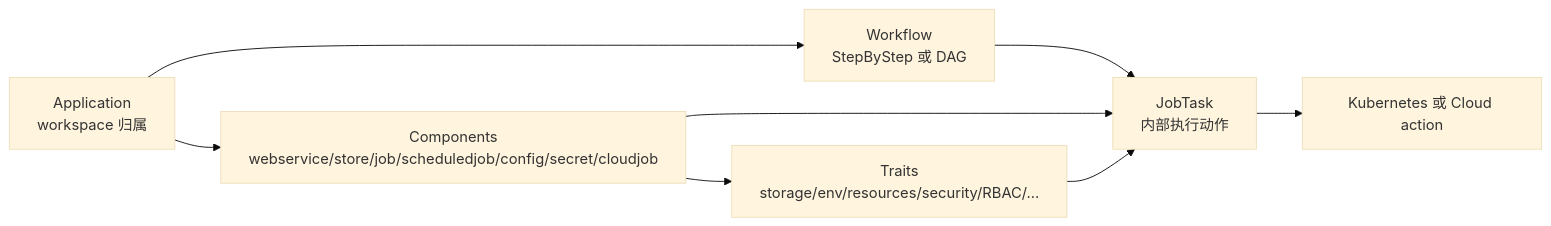
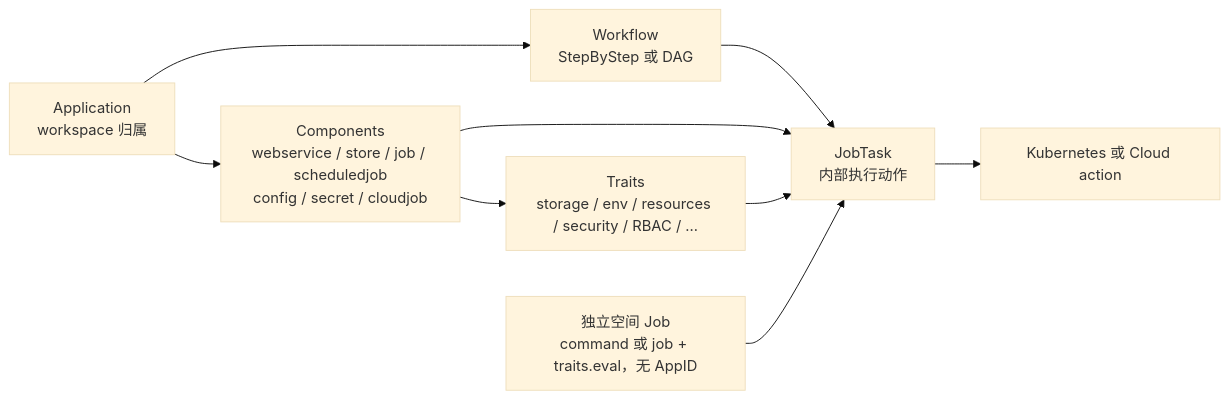
One commit to PixelCores/Eruun changed the third of 5 diagrams in docs/architecture-diagrams.md. Above: the diagram before and after it, drawn with Mermaid (base theme). The commit also changed other lines of this file and 6 other files, not shown here.

````diff
--- a/docs/architecture-diagrams.md
+++ b/docs/architecture-diagrams.md
@@ -82,17 +89,19 @@
 ```mermaid
 flowchart LR
-    App[Application\nworkspace 归属]
-    Components[Components\nwebservice/store/job/scheduledjob/config/secret/cloudjob]
-    Traits[Traits\nstorage/env/resources/security/RBAC/...]
-    Workflow[Workflow\nStepByStep 或 DAG]
-    JobTask[JobTask\n内部执行动作]
+    App["Application<br/>workspace 归属"]
+    Components["Components<br/>webservice / store / job / scheduledjob<br/>config / secret / cloudjob"]
+    Traits["Traits<br/>storage / env / resources / security / RBAC / …"]
+    Workflow["Workflow<br/>StepByStep 或 DAG"]
+    WorkspaceJob["独立空间 Job<br/>command 或 job + traits.eval，无 AppID"]
+    JobTask["JobTask<br/>内部执行动作"]
     Resources[Kubernetes 或 Cloud action]
 
     App --> Components
     Components --> Traits
     App --> Workflow
     Workflow --> JobTask
     Components --> JobTask
     Traits --> JobTask
+    WorkspaceJob --> JobTask
     JobTask --> Resources
 ```
````
